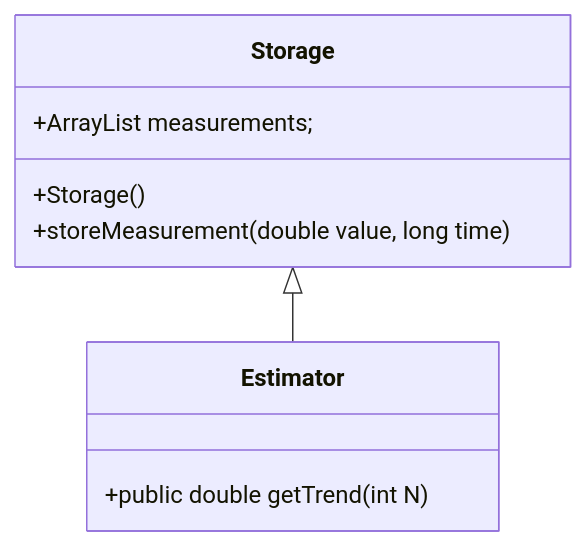
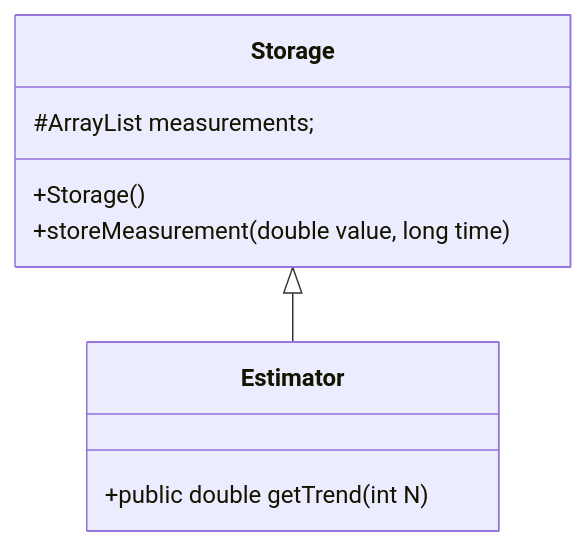
One commit to vesavvo/Object-Oriented-Programming changed the diagram in 3.3_StaticVarsAndMethods_Packages_Modifiers.md. Above: the diagram before and after it, drawn with Mermaid.

Commit message:
Update 3.3_StaticVarsAndMethods_Packages_Modifiers.md
Changed + to # in Storage Class diagram

````diff
--- a/3.3_StaticVarsAndMethods_Packages_Modifiers.md
+++ b/3.3_StaticVarsAndMethods_Packages_Modifiers.md
@@ -688,12 +688,12 @@
 ```mermaid
 classDiagram
     Storage <|-- Estimator
     class Storage {
-        +ArrayList<ProcessTemp> measurements;
+        #ArrayList<ProcessTemp> measurements;
         +Storage()
         +storeMeasurement(double value, long time)
     }
     class Estimator {
         +public double getTrend(int N)
     }
 ```
````
